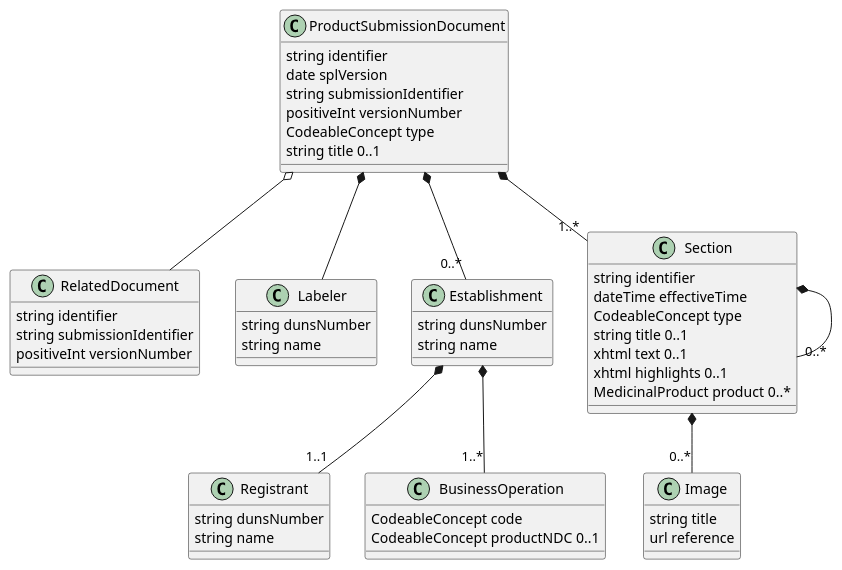
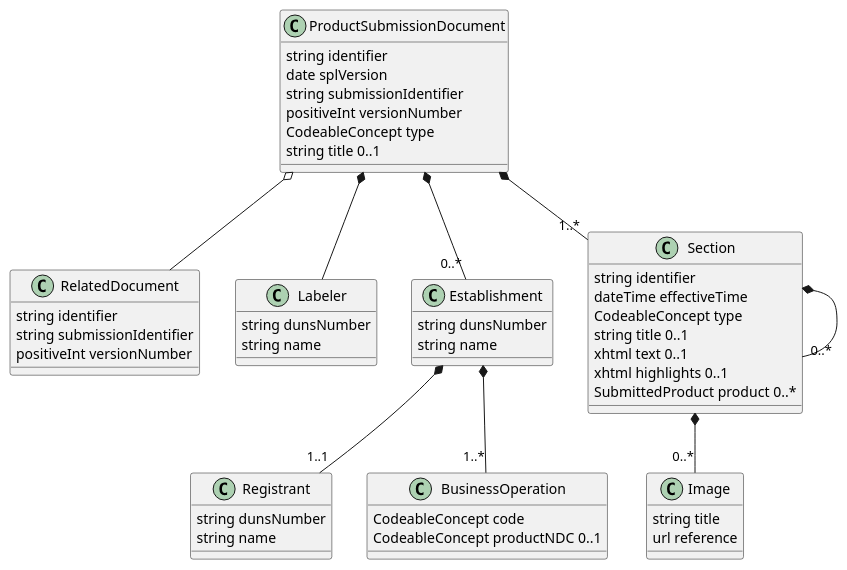
The diagram in input/images-source/ProductSubmissionDocumentLogicalModel.plantuml (HL7/fhir-spl), drawn with PlantUML before and after one commit. The commit also changed 3 other files, not shown here.

Commit message:
Create Submitted Product Logical Model diagram.

```diff
--- a/input/images-source/ProductSubmissionDocumentLogicalModel.plantuml
+++ b/input/images-source/ProductSubmissionDocumentLogicalModel.plantuml
@@ -1,52 +1,52 @@
 @startuml
 class ProductSubmissionDocument {
 	string identifier
 	date splVersion
 	string submissionIdentifier
 	positiveInt versionNumber
 	CodeableConcept type
 	string title 0..1
 }
 ProductSubmissionDocument o-- RelatedDocument
 class RelatedDocument {
 	string identifier
 	string submissionIdentifier
 	positiveInt versionNumber
 }
 ProductSubmissionDocument *-- Labeler
 class Labeler {
 	string dunsNumber
 	string name
 }
 Establishment *-- "1..1" Registrant
 class Registrant {
 	string dunsNumber
 	string name
 }
 ProductSubmissionDocument *-- "0..*" Establishment
 class Establishment {
 	string dunsNumber
 	string name
 }
 Establishment *-- "1..*" BusinessOperation
 class BusinessOperation {
 	CodeableConcept code
 	CodeableConcept productNDC 0..1
 }
 ProductSubmissionDocument *-- "1..*" Section
 class Section {
 	string identifier
 	dateTime effectiveTime
 	CodeableConcept type
 	string title 0..1
 	xhtml text 0..1
 	xhtml highlights 0..1
-	MedicinalProduct product 0..*
+	SubmittedProduct product 0..*
 }
 Section *-- "0..*" Image
 class Image {
   string title
   url reference
 }
 Section *-- "0..*" Section
 @enduml
```
